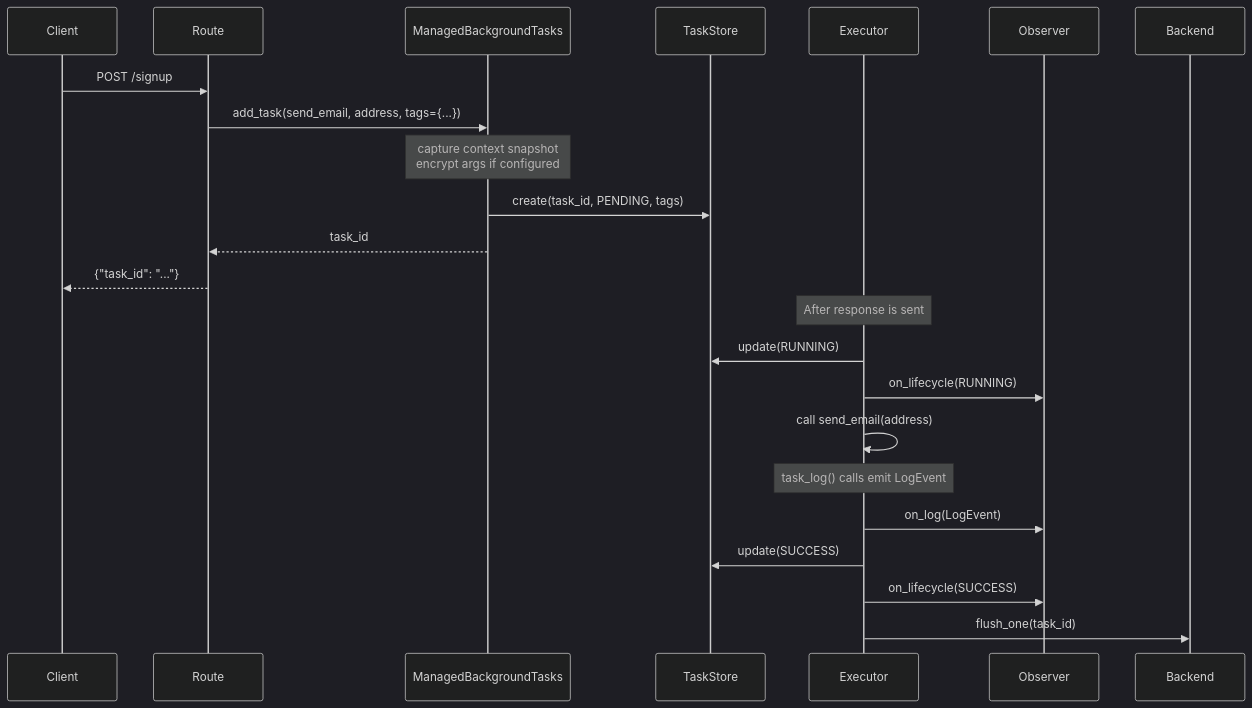
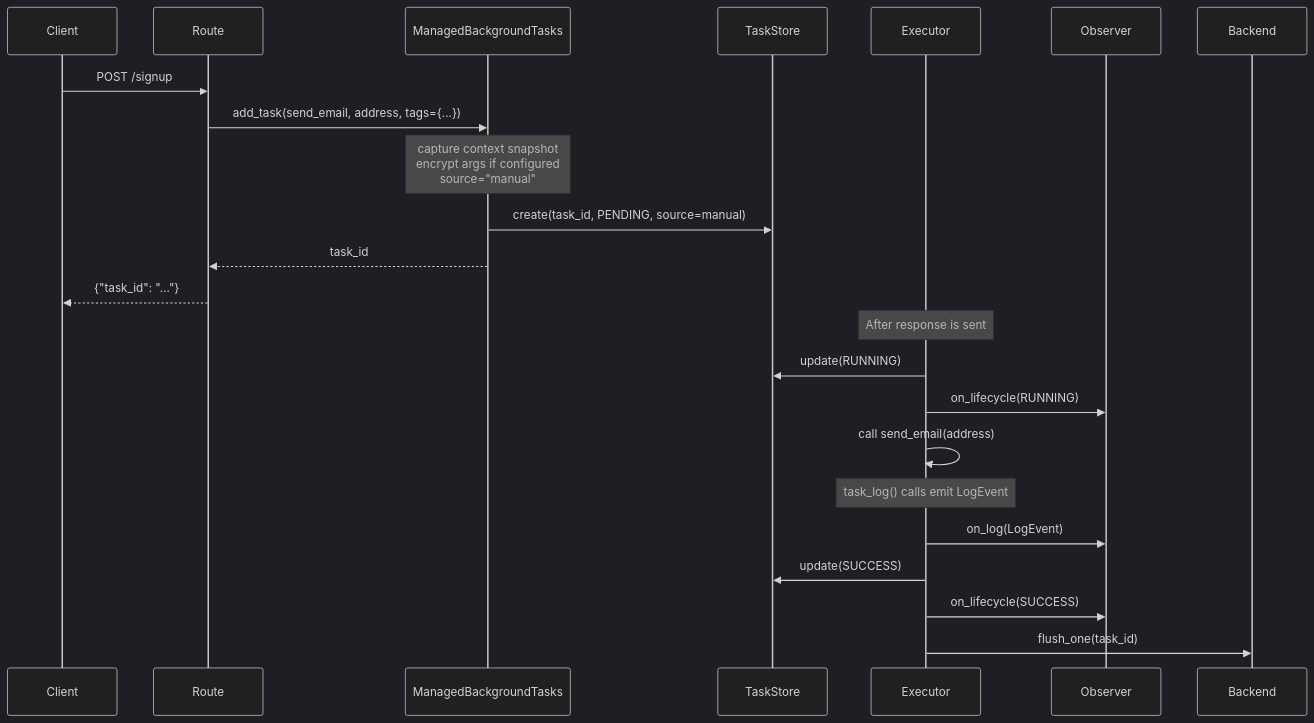
Before and after one commit to Attakay78/fastapi-taskflow: the first of 2 diagrams in docs/getting-started/quickstart.md, drawn with Mermaid (dark theme). The commit also changed other lines of this file and 38 other files, not shown here.

````diff
--- a/docs/getting-started/quickstart.md
+++ b/docs/getting-started/quickstart.md
@@ -73,27 +75,27 @@
 ```mermaid
 sequenceDiagram
     participant Client
     participant Route
     participant ManagedBackgroundTasks
     participant TaskStore
     participant Executor
     participant Observer
     participant Backend
 
     Client->>Route: POST /signup
     Route->>ManagedBackgroundTasks: add_task(send_email, address, tags={...})
-    Note over ManagedBackgroundTasks: capture context snapshot<br/>encrypt args if configured
-    ManagedBackgroundTasks->>TaskStore: create(task_id, PENDING, tags)
+    Note over ManagedBackgroundTasks: capture context snapshot<br/>encrypt args if configured<br/>source="manual"
+    ManagedBackgroundTasks->>TaskStore: create(task_id, PENDING, source=manual)
     ManagedBackgroundTasks-->>Route: task_id
     Route-->>Client: {"task_id": "..."}
 
     Note over Executor: After response is sent
     Executor->>TaskStore: update(RUNNING)
     Executor->>Observer: on_lifecycle(RUNNING)
     Executor->>Executor: call send_email(address)
     Note over Executor: task_log() calls emit LogEvent
     Executor->>Observer: on_log(LogEvent)
     Executor->>TaskStore: update(SUCCESS)
     Executor->>Observer: on_lifecycle(SUCCESS)
     Executor->>Backend: flush_one(task_id)
 ```
````
